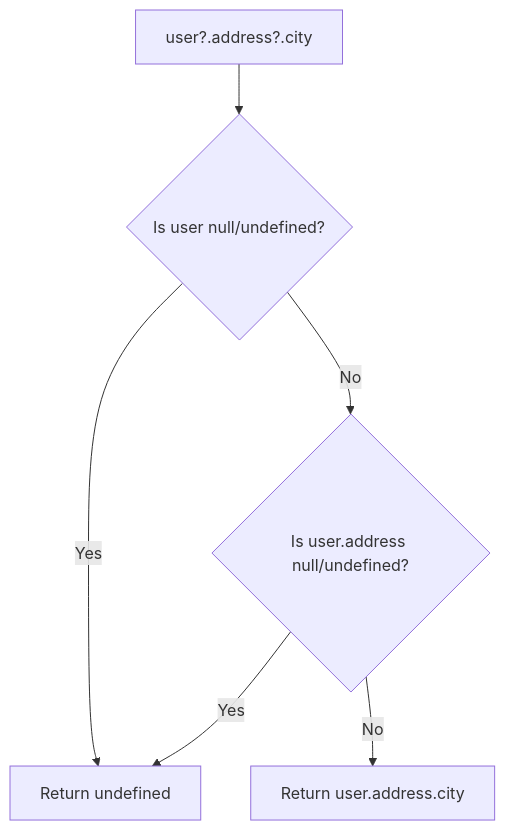
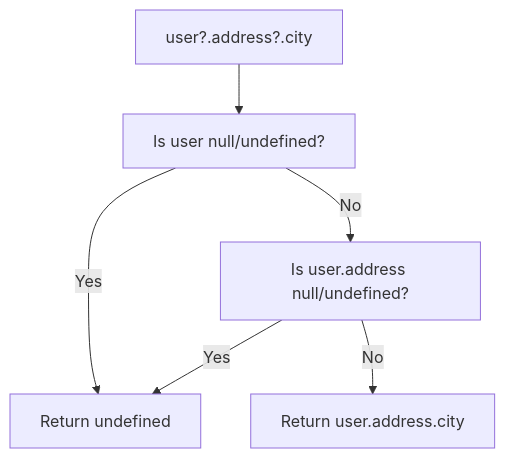
Before and after one commit to rajmpawar-hash/ByteNotes: the second of 3 diagrams in src/notes/javascript/2-objects-and-arrays/01-objects-and-es6/03-optional-chaining-nullish.md, drawn with Mermaid. The commit also changed other lines of this file and 35 other files, not shown here.

Commit message:
chore: deduplicate notes, fix Mermaid syntax, and update GEMINI.md rules

````diff
--- a/src/notes/javascript/2-objects-and-arrays/01-objects-and-es6/03-optional-chaining-nullish.md
+++ b/src/notes/javascript/2-objects-and-arrays/01-objects-and-es6/03-optional-chaining-nullish.md
@@ -34,8 +34,8 @@
 ```mermaid
 flowchart TD
-    A["user?.address?.city"] --> B{"Is user null/undefined?"}
+    A["user?.address?.city"] --> B["Is user null/undefined?"]
     B -->|Yes| C["Return undefined"]
-    B -->|No| D{"Is user.address null/undefined?"}
+    B -->|No| D["Is user.address null/undefined?"]
     D -->|Yes| C
     D -->|No| E["Return user.address.city"]
 ```
````
